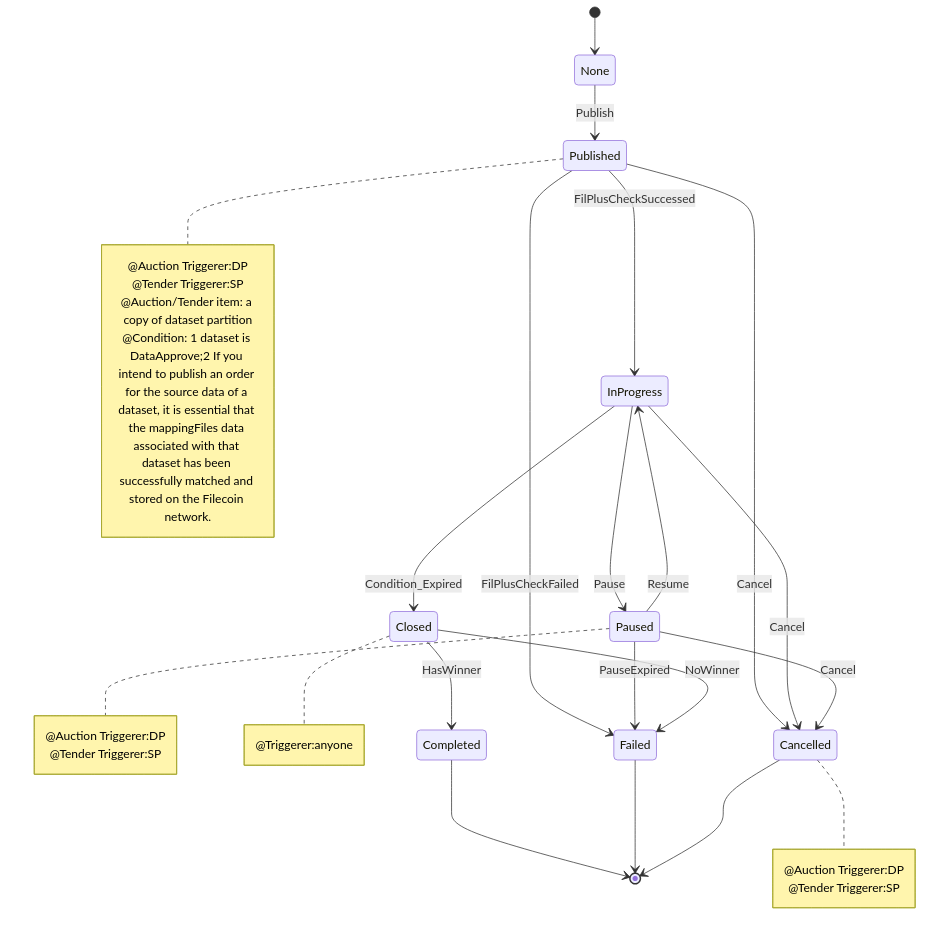
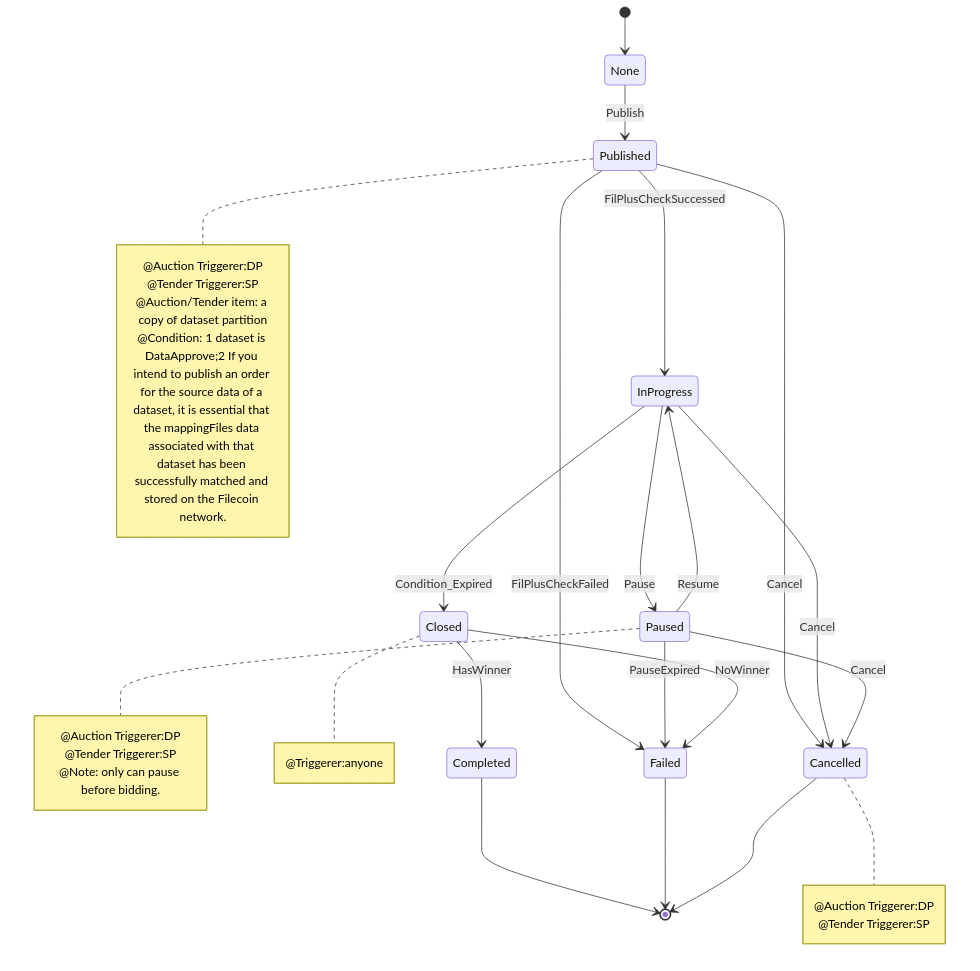
One commit to dataswap/specs changed the diagram in systems/module/matching/Readme.md. Above: the diagram before and after it, drawn with Mermaid.

Commit message:
update matching pause

````diff
--- a/systems/module/matching/Readme.md
+++ b/systems/module/matching/Readme.md
@@ -92,37 +92,38 @@
 ```mermaid
 stateDiagram
     [*]          --> None 
     None         --> Published:Publish
     Published    --> InProgress:FilPlusCheckSuccessed
     Published    --> Failed:FilPlusCheckFailed
     InProgress   --> Paused:Pause
     Paused       --> InProgress:Resume
     Paused       --> Failed:PauseExpired
     Published    --> Cancelled:Cancel
     InProgress   --> Cancelled:Cancel
     Paused       --> Cancelled:Cancel
     InProgress   --> Closed:Condition_Expired
     Closed       --> Failed:NoWinner
     Closed       --> Completed:HasWinner
     Completed    --> [*]
     Failed       --> [*]
     Cancelled    --> [*] 
 
     note right of Published
       @Auction Triggerer:DP
       @Tender Triggerer:SP
       @Auction/Tender item: a copy of dataset partition
       @Condition: 1 dataset is DataApprove;2 If you intend to publish an order for the source data of a dataset, it is essential that the mappingFiles data associated with that dataset has been successfully matched and stored on the Filecoin network.
     end note
     note right of Paused
       @Auction Triggerer:DP
       @Tender Triggerer:SP
+      @Note: only can pause before bidding.
     end note
     note right of Cancelled 
       @Auction Triggerer:DP
       @Tender Triggerer:SP
     end note
     note right of Closed
       @Triggerer:anyone
     end note
 ```
````
